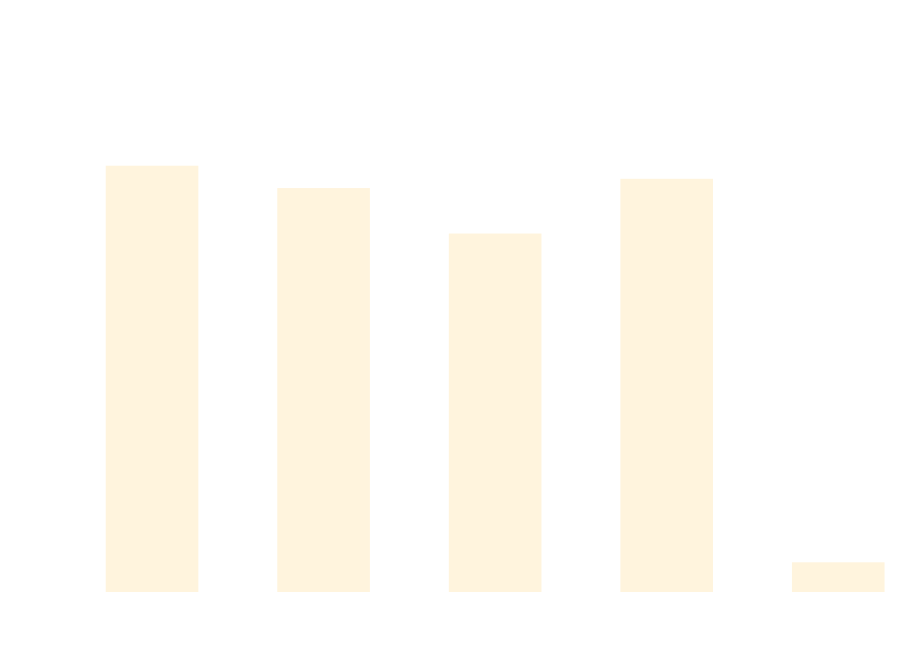
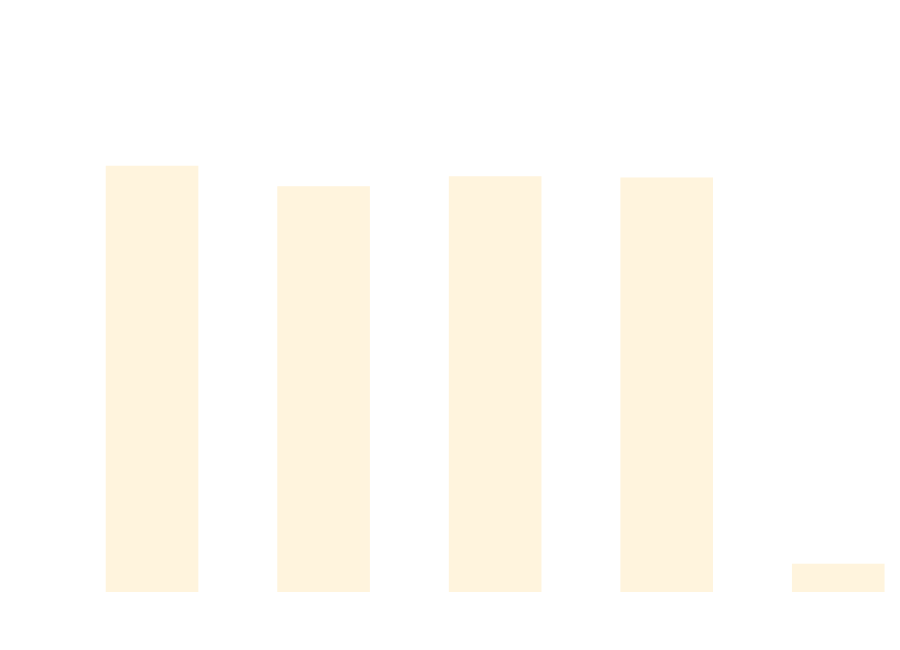
The diagram in docs/docs/benchmarks/DataDrivenTests.md (thomhurst/TUnit), drawn with Mermaid before and after one commit. The commit also changed other lines of this file and 17 other files, not shown here.

````diff
--- a/docs/docs/benchmarks/DataDrivenTests.md
+++ b/docs/docs/benchmarks/DataDrivenTests.md
@@ -27,37 +27,37 @@
 ```mermaid
 %%{init: {
   'theme':'base',
   'themeVariables': {
     'primaryColor': '#2563eb',
     'primaryTextColor': '#ffffff',
     'primaryBorderColor': '#1e40af',
     'lineColor': '#6b7280',
     'secondaryColor': '#7c3aed',
     'tertiaryColor': '#dc2626',
     'background': '#ffffff',
     'mainBkg': '#2563eb',
     'secondBkg': '#7c3aed',
     'tertiaryBkg': '#dc2626',
     'clusterBkg': '#f3f4f6',
     'edgeLabelBackground': '#ffffff',
     'tertiaryTextColor': '#1f2937',
     'pie1': '#2563eb',
     'pie2': '#7c3aed',
     'pie3': '#dc2626',
     'pie4': '#f59e0b',
     'pie5': '#10b981',
     'pie6': '#06b6d4',
     'pie7': '#ec4899',
     'pie8': '#6366f1',
     'pie9': '#84cc16',
     'pie10': '#f97316',
     'pie11': '#14b8a6',
     'pie12': '#a855f7'
   }
 }}%%
 xychart-beta
   title "DataDrivenTests Performance Comparison"
   x-axis ["TUnit", "NUnit", "MSTest", "xUnit3", "TUnit_AOT"]
-  y-axis "Time (ms)" 0 --> 711
-  bar [592.28, 560.31, 495.35, 573.55, 25.46]
+  y-axis "Time (ms)" 0 --> 745
+  bar [620.57, 589.89, 604.8, 602.97, 24.6]
 ```
````
